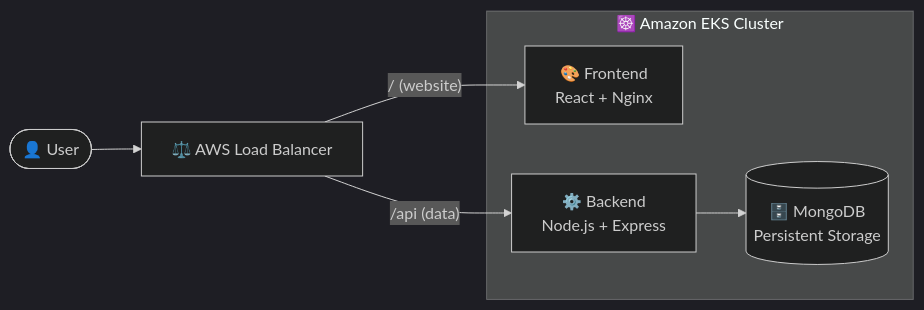
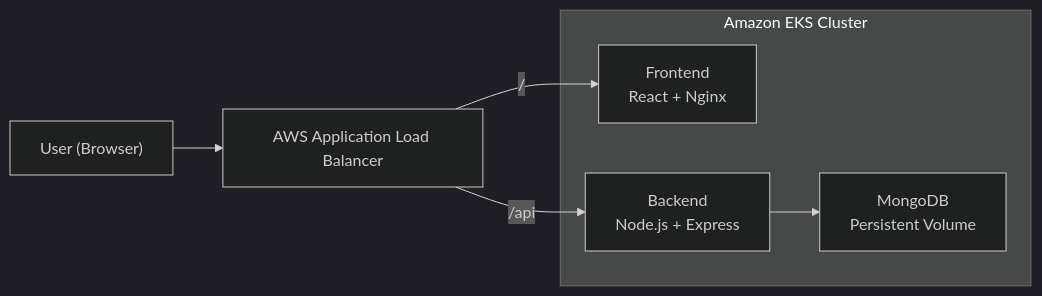
Before and after one commit to MayurSaitwal/Three-Tier-Application-Kubernetes-Deployment-on-AWS-EKS: the first of 2 diagrams in README.md, drawn with Mermaid (dark theme).

Commit message:
Revise architecture diagram in README.md
Updated architecture diagram in README to improve clarity and consistency.

````diff
--- a/README.md
+++ b/README.md
@@ -90,14 +90,14 @@
 ```mermaid
 flowchart LR
-    U([👤 User]) --> ALB[⚖️ AWS Load Balancer]
+    User["User (Browser)"] --> ALB["AWS Application Load Balancer"]
 
-    subgraph EKS[☸️ Amazon EKS Cluster]
-        FE[🎨 Frontend<br/>React + Nginx]
-        BE[⚙️ Backend<br/>Node.js + Express]
-        DB[(🗄️ MongoDB<br/>Persistent Storage)]
+    subgraph EKS["Amazon EKS Cluster"]
+        FE["Frontend<br/>React + Nginx"]
+        BE["Backend<br/>Node.js + Express"]
+        DB["MongoDB<br/>Persistent Volume"]
         BE --> DB
     end
 
-    ALB -->|"/ (website)"| FE
-    ALB -->|"/api (data)"| BE
+    ALB -->|"/"| FE
+    ALB -->|"/api"| BE
 ```
````
